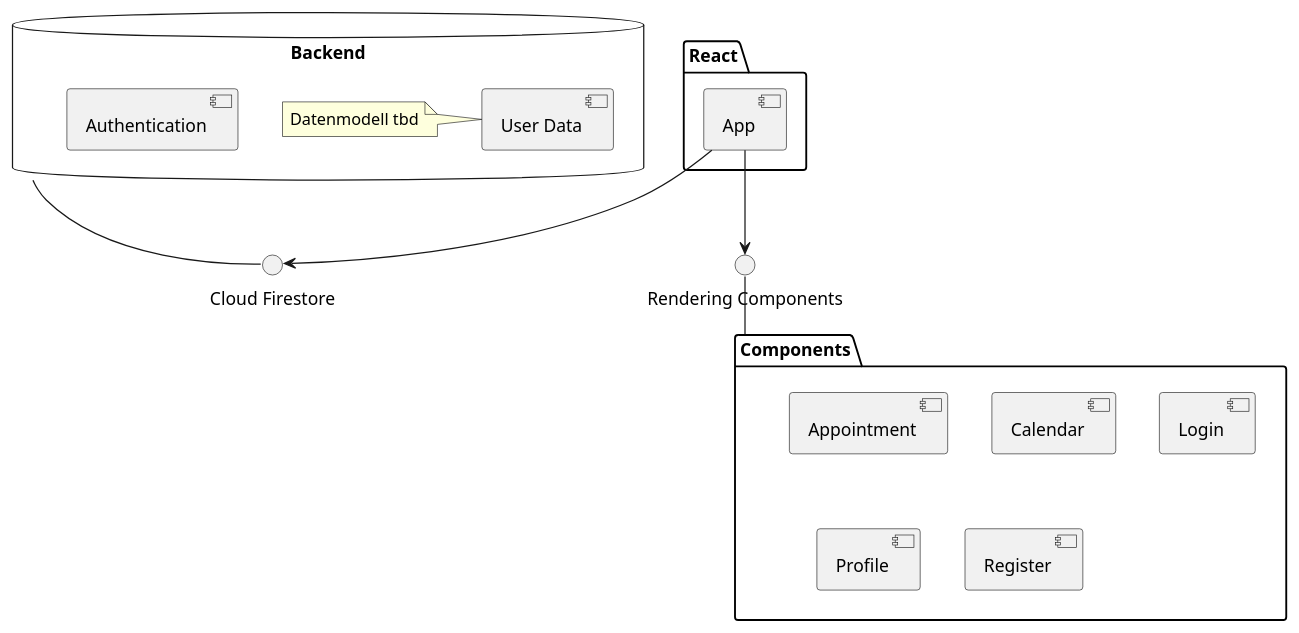
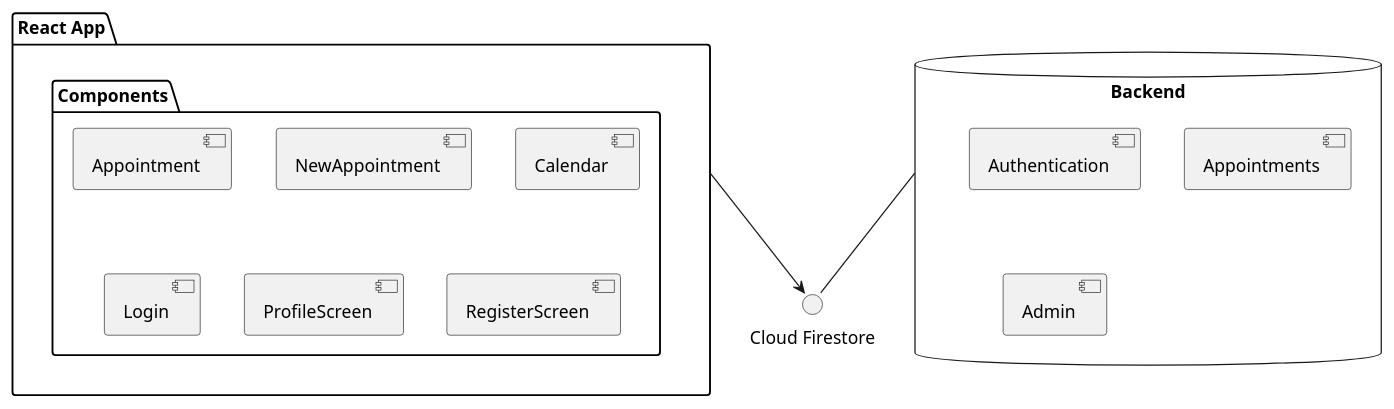
The diagram in Architektur_Praktikum/softArchi.plantuml (K1ntsugi/SoftwareEngineering_2_Vinf5), drawn with PlantUML before and after one commit. The commit also changed 5 other files, not shown here.

```diff
--- a/Architektur_Praktikum/softArchi.plantuml
+++ b/Architektur_Praktikum/softArchi.plantuml
@@ -1,31 +1,26 @@
 @startuml Software Architektur
 interface "Cloud Firestore" as firestore
-interface "Rendering Components" as components
 
-package "Components" as cmp{
+
+package "React App" as front{
+    
+    package "Components" as cmp{
     [Appointment]
+    [NewAppointment]
     [Calendar]
     [Login]
-    [Profile]
-    [Register]
-}
+    [ProfileScreen]
+    [RegisterScreen]
+    }
 
-package "React" as front{
-    [App] --> firestore
-    [App] --> components
-    components -- cmp
+    front --> firestore
+
 }
 
 database "Backend" as backnd{
     backnd -- firestore
     [Authentication]
-    [User Data]
-
-    note left of [User Data]
-        Datenmodell tbd
-    end note
-}
-
-
+    [Appointments]
+    [Admin]
 
 @enduml
```
